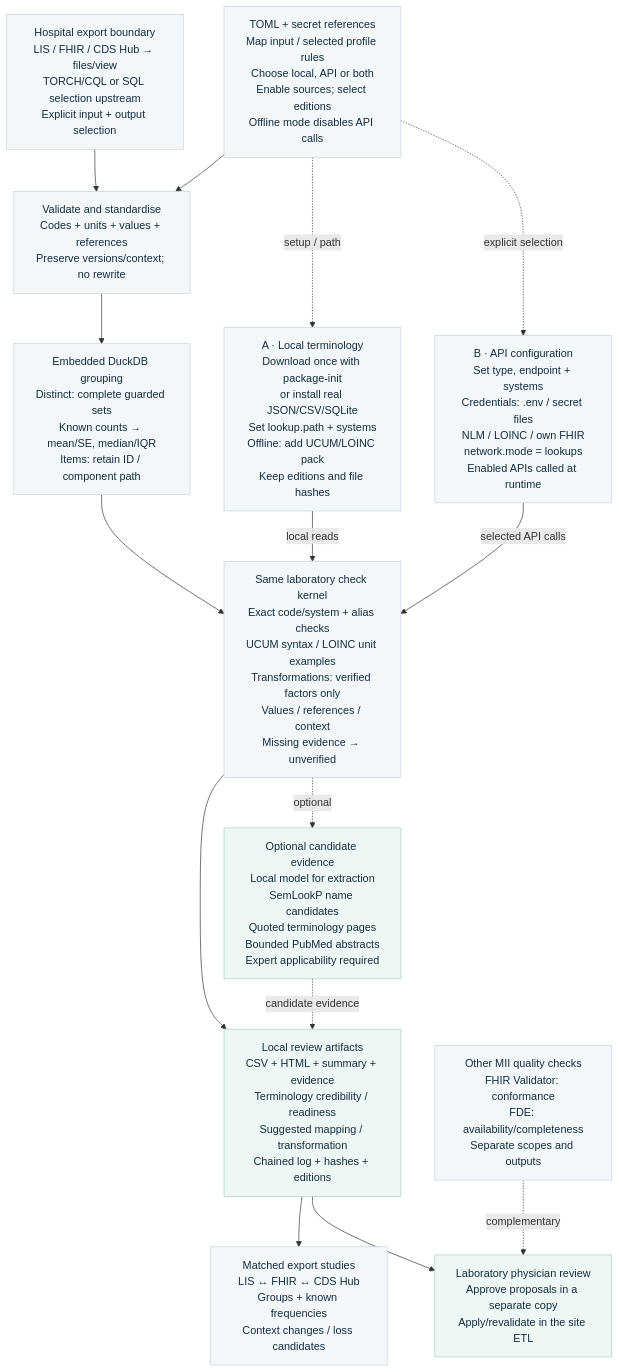
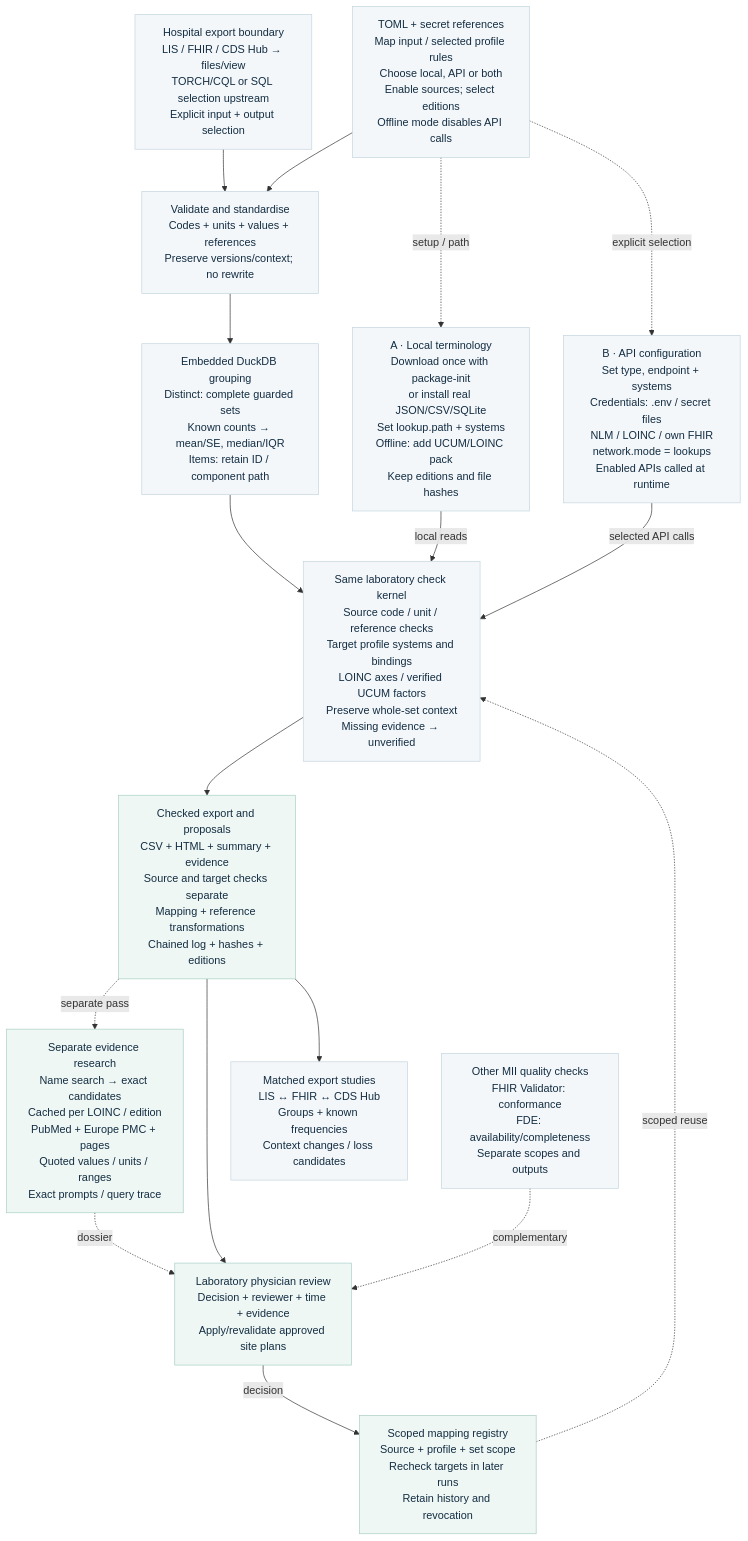
One commit to neumdan/semantic-plausibility changed the diagram in docs/architecture.mmd. Above: the diagram before and after it, drawn with Mermaid. The commit also changed 61 other files, not shown here.

First line of the commit message:
Add clinician feedback, evidence research, and TOML defaults

```diff
--- a/docs/architecture.mmd
+++ b/docs/architecture.mmd
@@ -1,33 +1,36 @@
 %% Same node/edge contract as architecture.svg.
 flowchart TD
     INPUT["Hospital export boundary<br/>LIS / FHIR / CDS Hub → files/view<br/>TORCH/CQL or SQL selection upstream<br/>Explicit input + output selection"]
     CONFIG["TOML + secret references<br/>Map input / selected profile rules<br/>Choose local, API or both<br/>Enable sources; select editions<br/>Offline mode disables API calls"]
     NORMAL["Validate and standardise<br/>Codes + units + values + references<br/>Preserve versions/context; no rewrite"]
     GROUP["Embedded DuckDB grouping<br/>Distinct: complete guarded sets<br/>Known counts → mean/SE, median/IQR<br/>Items: retain ID / component path"]
     LOCAL["A · Local terminology<br/>Download once with package-init<br/>or install real JSON/CSV/SQLite<br/>Set lookup.path + systems<br/>Offline: add UCUM/LOINC pack<br/>Keep editions and file hashes"]
     API["B · API configuration<br/>Set type, endpoint + systems<br/>Credentials: .env / secret files<br/>NLM / LOINC / own FHIR<br/>network.mode = lookups<br/>Enabled APIs called at runtime"]
-    CHECK["Same laboratory check kernel<br/>Exact code/system + alias checks<br/>UCUM syntax / LOINC unit examples<br/>Transformations: verified factors only<br/>Values / references / context<br/>Missing evidence → unverified"]
-    RESEARCH["Optional candidate evidence<br/>Local model for extraction<br/>SemLookP name candidates<br/>Quoted terminology pages<br/>Bounded PubMed abstracts<br/>Expert applicability required"]
+    CHECK["Same laboratory check kernel<br/>Source code / unit / reference checks<br/>Target profile systems and bindings<br/>LOINC axes / verified UCUM factors<br/>Preserve whole-set context<br/>Missing evidence → unverified"]
+    RESEARCH["Separate evidence research<br/>Name search → exact candidates<br/>Cached per LOINC / edition<br/>PubMed + Europe PMC + pages<br/>Quoted values / units / ranges<br/>Exact prompts / query trace"]
     QC["Other MII quality checks<br/>FHIR Validator: conformance<br/>FDE: availability/completeness<br/>Separate scopes and outputs"]
-    OUTPUT["Local review artifacts<br/>CSV + HTML + summary + evidence<br/>Terminology credibility / readiness<br/>Suggested mapping / transformation<br/>Chained log + hashes + editions"]
+    OUTPUT["Checked export and proposals<br/>CSV + HTML + summary + evidence<br/>Source and target checks separate<br/>Mapping + reference transformations<br/>Chained log + hashes + editions"]
     STUDY["Matched export studies<br/>LIS ↔ FHIR ↔ CDS Hub<br/>Groups + known frequencies<br/>Context changes / loss candidates"]
-    EXPERT["Laboratory physician review<br/>Approve proposals in a separate copy<br/>Apply/revalidate in the site ETL"]
+    REGISTRY["Scoped mapping registry<br/>Source + profile + set scope<br/>Recheck targets in later runs<br/>Retain history and revocation"]
+    EXPERT["Laboratory physician review<br/>Decision + reviewer + time + evidence<br/>Apply/revalidate approved site plans"]
     INPUT --> NORMAL
     CONFIG --> NORMAL
     NORMAL --> GROUP
     CONFIG -.-> |"setup / path"| LOCAL
     CONFIG -.-> |"explicit selection"| API
     GROUP --> CHECK
     LOCAL --> |"local reads"| CHECK
     API --> |"selected API calls"| CHECK
-    CHECK -.-> |"optional"| RESEARCH
+    OUTPUT -.-> |"separate pass"| RESEARCH
     CHECK --> OUTPUT
-    RESEARCH -.-> |"candidate evidence"| OUTPUT
+    RESEARCH -.-> |"dossier"| EXPERT
+    EXPERT --> |"decision"| REGISTRY
+    REGISTRY -.-> |"scoped reuse"| CHECK
     OUTPUT --> STUDY
     OUTPUT --> EXPERT
     QC -.-> |"complementary"| EXPERT
     classDef normal fill:#f3f7fa,stroke:#c4d5df,color:#142d42
     class INPUT,CONFIG,NORMAL,GROUP,LOCAL,API,CHECK,QC,STUDY normal
     classDef teal fill:#eef7f4,stroke:#a8cfc6,color:#142d42
-    class RESEARCH,OUTPUT,EXPERT teal
+    class RESEARCH,OUTPUT,REGISTRY,EXPERT teal
     classDef error fill:#fcf1f3,stroke:#ecc7cf,color:#142d42
```
